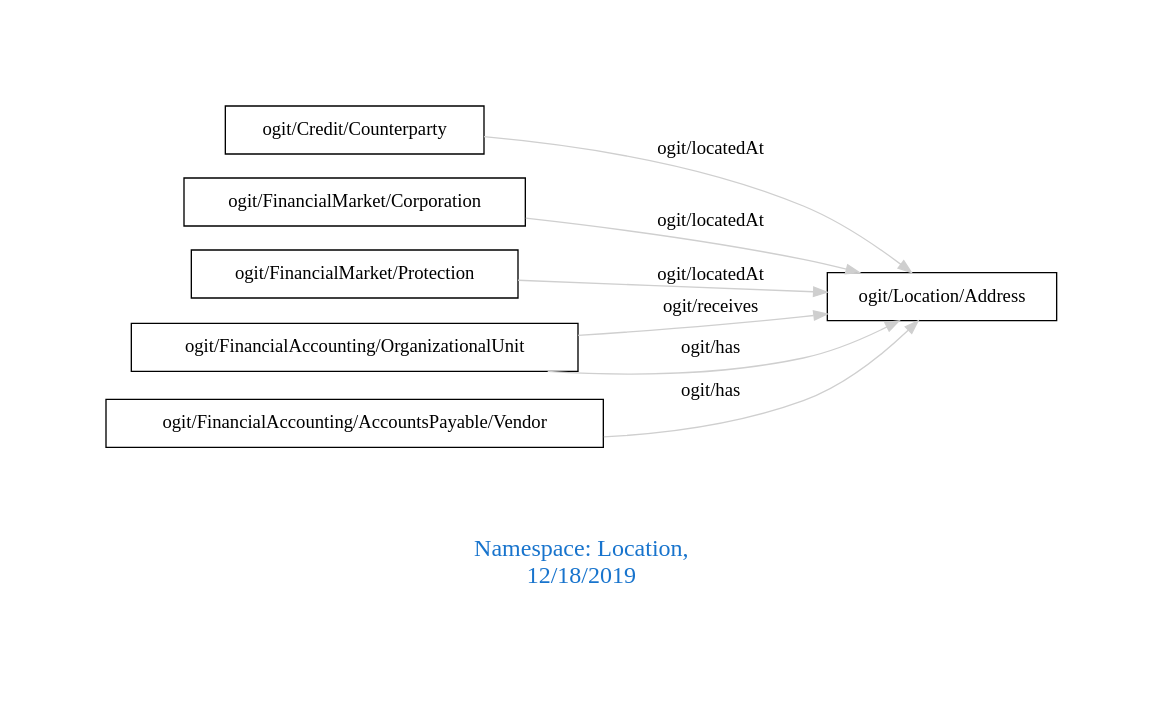
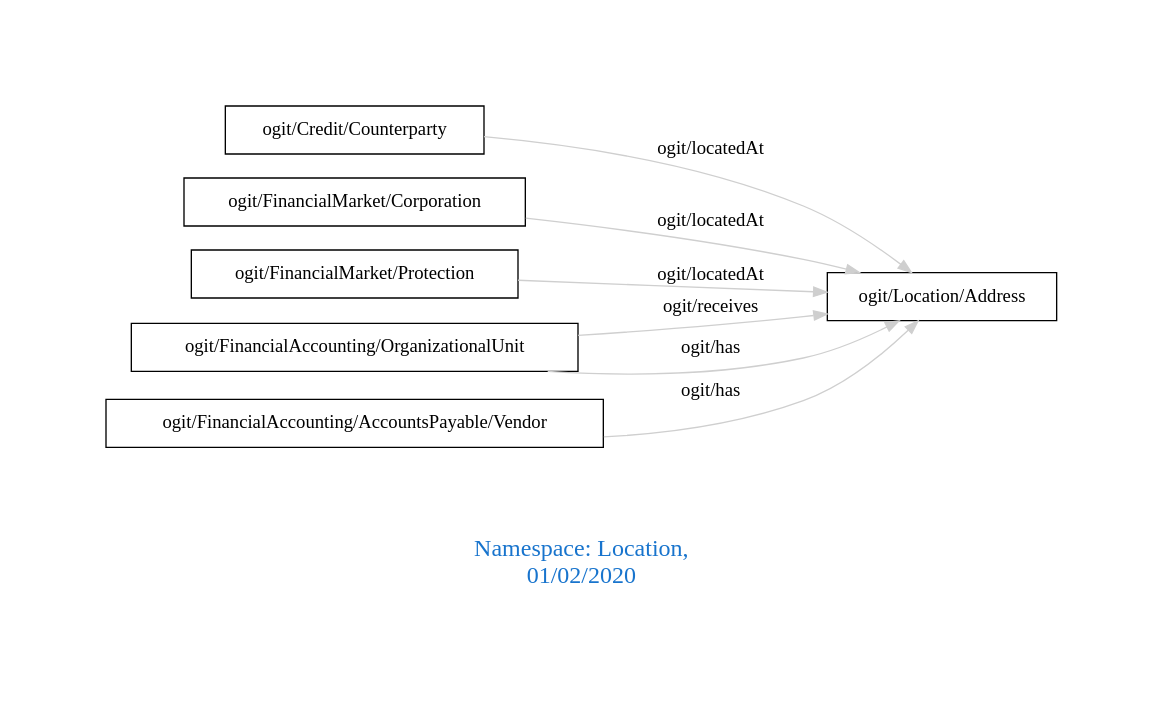
The diagram in downloads/Location.dot (arago/OGIT), drawn with Graphviz before and after one commit. The commit also changed 1637 other files, not shown here.

```diff
--- a/downloads/Location.dot
+++ b/downloads/Location.dot
@@ -1,14 +1,14 @@
 digraph OGIT_ontology {
  graph [ rankdir= LR,pad=1 
 fontsize = 18,
-fontcolor= dodgerblue3,label = "\n\n\nNamespace: Location, \n 12/18/2019"];
+fontcolor= dodgerblue3,label = "\n\n\nNamespace: Location, \n 01/02/2020"];
 node[shape=polygon];
 edge [  color="gray81"];
 
    "ogit/Credit/Counterparty" -> "ogit/Location/Address" [label="   ogit/locatedAt    "];
    "ogit/FinancialMarket/Corporation" -> "ogit/Location/Address" [label="   ogit/locatedAt    "];
    "ogit/FinancialMarket/Protection" -> "ogit/Location/Address" [label="   ogit/locatedAt    "];
    "ogit/FinancialAccounting/OrganizationalUnit" -> "ogit/Location/Address" [label="   ogit/receives    "];
    "ogit/FinancialAccounting/AccountsPayable/Vendor" -> "ogit/Location/Address" [label="   ogit/has    "];
    "ogit/FinancialAccounting/OrganizationalUnit" -> "ogit/Location/Address" [label="   ogit/has    "];
 }
```
